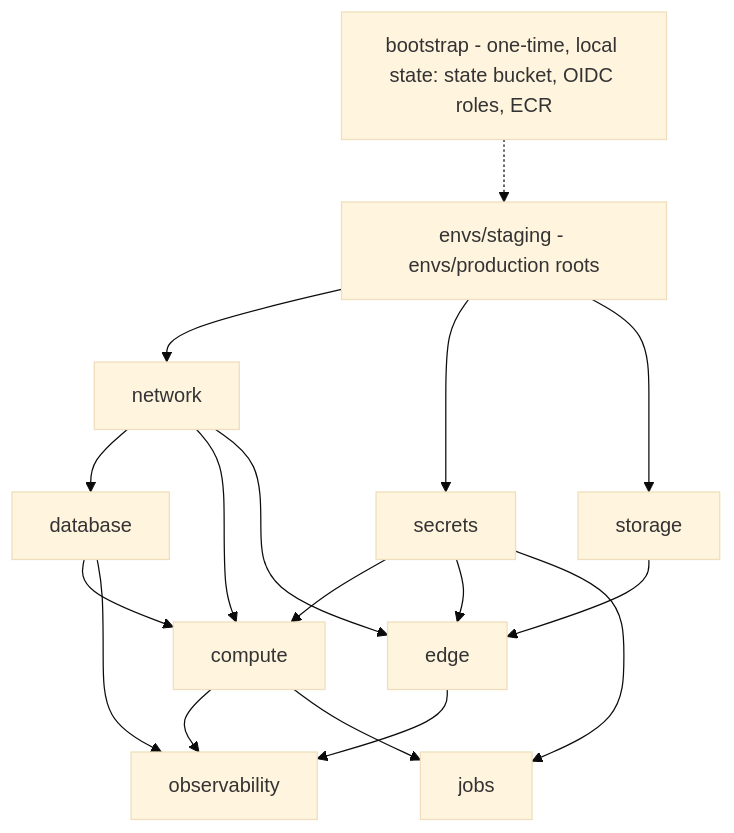
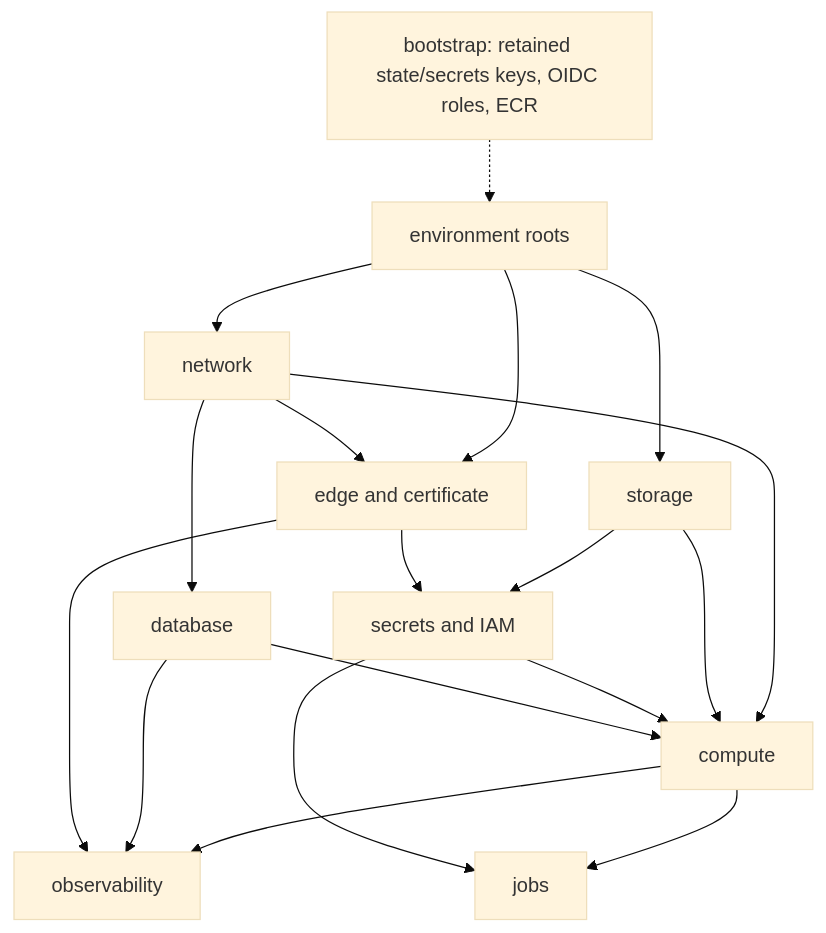
Before and after one commit to dannyota/aboutme: the diagram in docs/plans/phase-pi/contracts.md, drawn with Mermaid (base theme). The commit also changed other lines of this file and 282 other files, not shown here.

````diff
--- a/docs/plans/phase-pi/contracts.md
+++ b/docs/plans/phase-pi/contracts.md
@@ -73,19 +75,20 @@
 ```mermaid
 graph TD
-    B[bootstrap - one-time, local state: state bucket, OIDC roles, ECR] -.-> R[envs/staging - envs/production roots]
+    B[bootstrap: retained state/secrets keys, OIDC roles, ECR] -.-> R[environment roots]
     R --> N[network]
-    R --> SE[secrets]
     N --> D[database]
     R --> ST[storage]
+    R --> E[edge and certificate]
+    ST --> SE
     N --> C[compute]
+    ST --> C
     SE --> C
     D --> C
-    ST --> E[edge]
     N --> E
-    SE --> E
+    E --> SE[secrets and IAM]
     C --> O[observability]
     D --> O
     E --> O
     C --> J[jobs]
     SE --> J
 ```
````
